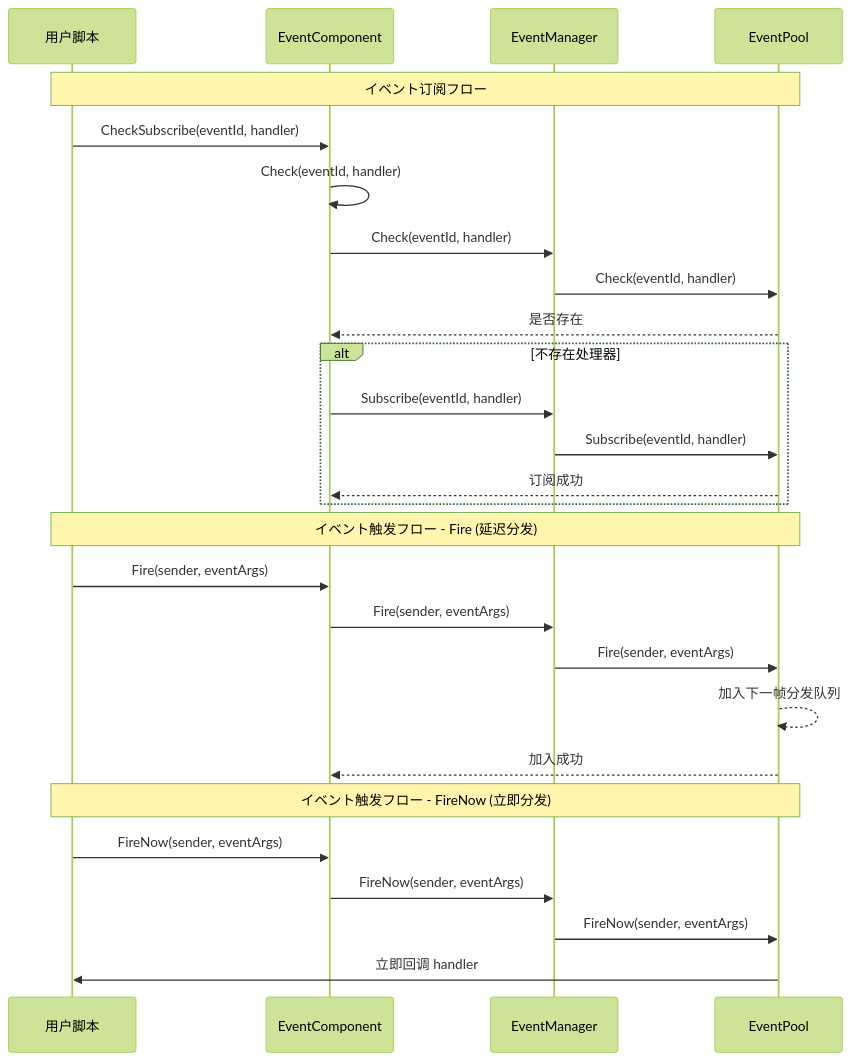
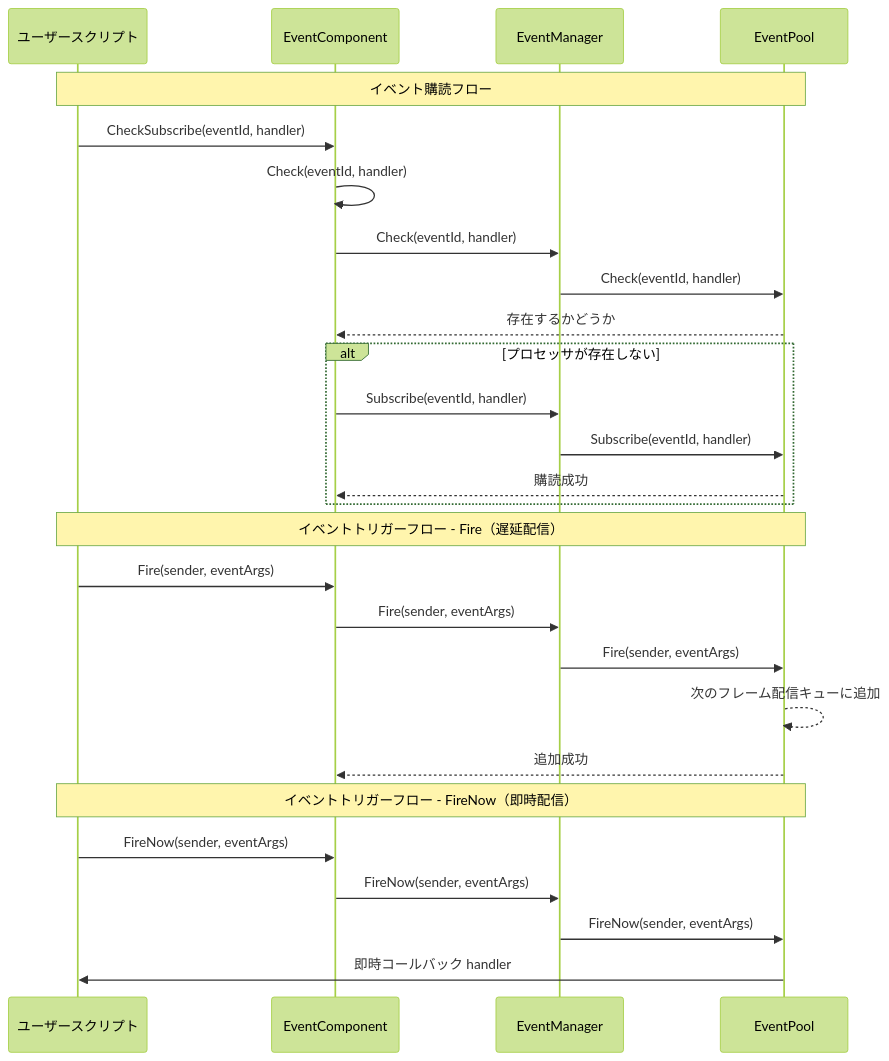
The second of 2 diagrams in docs/ja/client/unity/component/event/05.event-component.md (AlianBlank/GameFrameX.Docs), drawn with Mermaid (forest theme) before and after one commit. The commit also changed other lines of this file and 320 other files, not shown here.

````diff
--- a/docs/ja/client/unity/component/event/05.event-component.md
+++ b/docs/ja/client/unity/component/event/05.event-component.md
@@ -76,33 +76,33 @@
 ```mermaid
 sequenceDiagram
-    participant Script as 用户脚本
+    participant Script as ユーザースクリプト
     participant EventComp as EventComponent
     participant EventMgr as EventManager
     participant EventPool as EventPool
 
-    Note over Script,EventPool: イベント订阅フロー
+    Note over Script,EventPool: イベント購読フロー
     Script->>EventComp: CheckSubscribe(eventId, handler)
     EventComp->>EventComp: Check(eventId, handler)
     EventComp->>EventMgr: Check(eventId, handler)
     EventMgr->>EventPool: Check(eventId, handler)
-    EventPool-->>EventComp: 是否存在
-    
-    alt 不存在处理器
+    EventPool-->>EventComp: 存在するかどうか
+
+    alt プロセッサが存在しない
         EventComp->>EventMgr: Subscribe(eventId, handler)
         EventMgr->>EventPool: Subscribe(eventId, handler)
-        EventPool-->>EventComp: 订阅成功
+        EventPool-->>EventComp: 購読成功
     end
 
-    Note over Script,EventPool: イベント触发フロー - Fire (延迟分发)
+    Note over Script,EventPool: イベントトリガーフロー - Fire（遅延配信）
     Script->>EventComp: Fire(sender, eventArgs)
     EventComp->>EventMgr: Fire(sender, eventArgs)
     EventMgr->>EventPool: Fire(sender, eventArgs)
-    EventPool-->>EventPool: 加入下一帧分发队列
-    EventPool-->>EventComp: 加入成功
-    
-    Note over Script,EventPool: イベント触发フロー - FireNow (立即分发)
+    EventPool-->>EventPool: 次のフレーム配信キューに追加
+    EventPool-->>EventComp: 追加成功
+
+    Note over Script,EventPool: イベントトリガーフロー - FireNow（即時配信）
     Script->>EventComp: FireNow(sender, eventArgs)
     EventComp->>EventMgr: FireNow(sender, eventArgs)
     EventMgr->>EventPool: FireNow(sender, eventArgs)
-    EventPool->>Script: 立即回调 handler
+    EventPool->>Script: 即時コールバック handler
 ```
````
